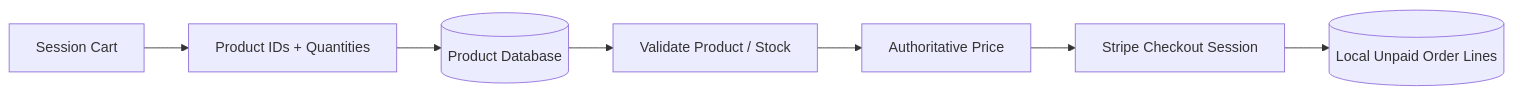
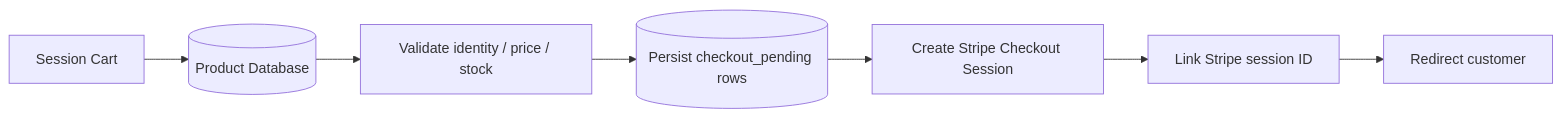
One commit to DagemawiDeveloper/Boldinone changed the first of 2 diagrams in docs/PAYMENT-FLOW.md. Above: the diagram before and after it, drawn with Mermaid. The commit also changed other lines of this file and 33 other files, not shown here.

First line of the commit message:
Make Boldinone Stripe checkout recoverable and test its payment lifecycle

````diff
--- a/docs/PAYMENT-FLOW.md
+++ b/docs/PAYMENT-FLOW.md
@@ -15,9 +29,9 @@
 ```mermaid
 flowchart LR
-    CART[Session Cart] --> IDS[Product IDs + Quantities]
-    IDS --> DB[(Product Database)]
-    DB --> VALIDATE[Validate Product / Stock]
-    VALIDATE --> PRICE[Authoritative Price]
-    PRICE --> STRIPE[Stripe Checkout Session]
-    STRIPE --> ORDER[(Local Unpaid Order Lines)]
+    CART[Session Cart] --> DB[(Product Database)]
+    DB --> VALIDATE[Validate identity / price / stock]
+    VALIDATE --> LOCAL[(Persist checkout_pending rows)]
+    LOCAL --> STRIPE[Create Stripe Checkout Session]
+    STRIPE --> LINK[Link Stripe session ID]
+    LINK --> REDIRECT[Redirect customer]
 ```
````
